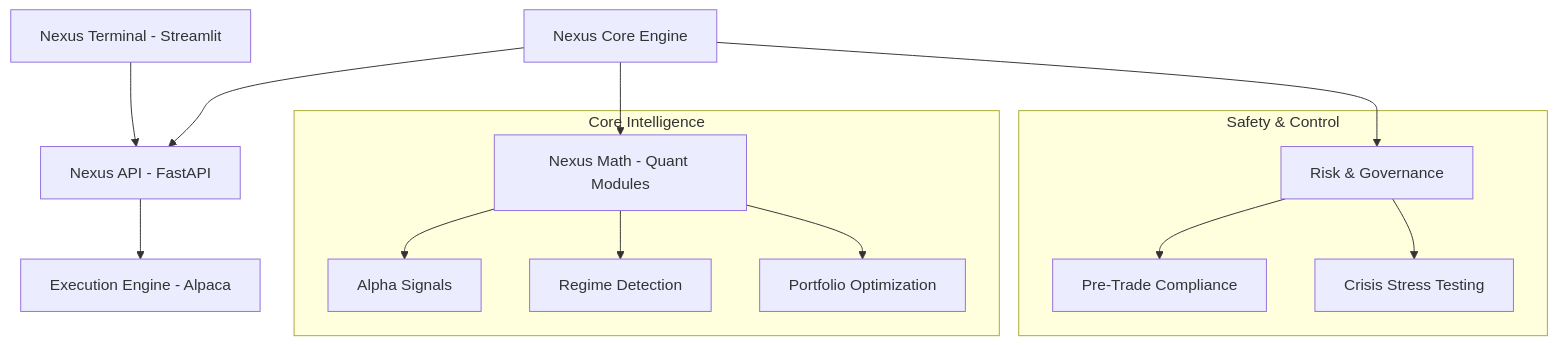
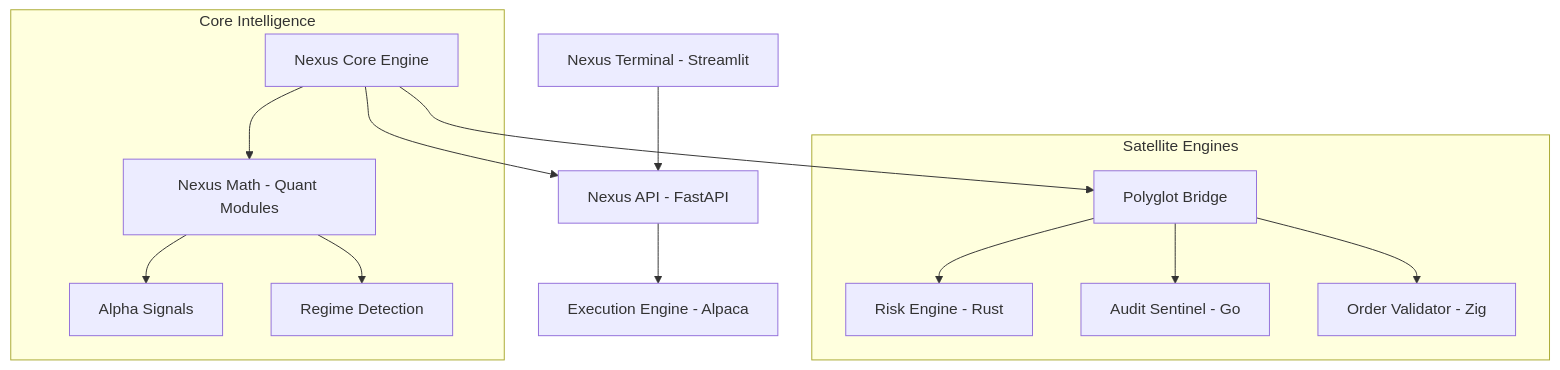
One commit to Monkey0-9/alpha-juinor changed the diagram in README.md. Above: the diagram before and after it, drawn with Mermaid. The commit also changed other lines of this file and 18 other files, not shown here.

````diff
--- a/README.md
+++ b/README.md
@@ -9,19 +9,19 @@
 ```mermaid
 graph TD
     UI[Nexus Terminal - Streamlit] --> API[Nexus API - FastAPI]
     API --> EXEC[Execution Engine - Alpaca]
     ENG[Nexus Core Engine] --> API
+    ENG --> BRIDGE[Polyglot Bridge]
+    
+    subgraph "Satellite Engines"
+    BRIDGE --> RUST[Risk Engine - Rust]
+    BRIDGE --> GO[Audit Sentinel - Go]
+    BRIDGE --> ZIG[Order Validator - Zig]
+    end
+
+    subgraph "Core Intelligence"
     ENG --> MATH[Nexus Math - Quant Modules]
-    ENG --> RISK[Risk & Governance]
-    
-    subgraph "Core Intelligence"
     MATH --> SIG[Alpha Signals]
     MATH --> REG[Regime Detection]
-    MATH --> OPT[Portfolio Optimization]
-    end
-    
-    subgraph "Safety & Control"
-    RISK --> COMP[Pre-Trade Compliance]
-    RISK --> STRESS[Crisis Stress Testing]
     end
 ```
````
